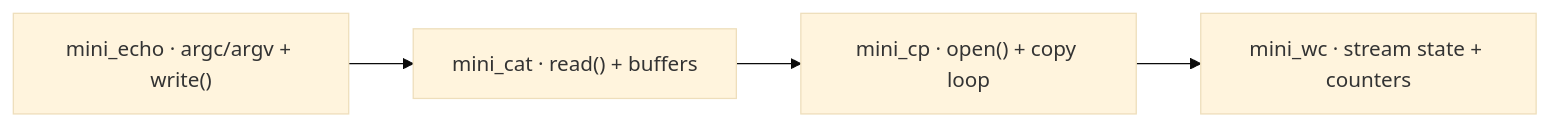
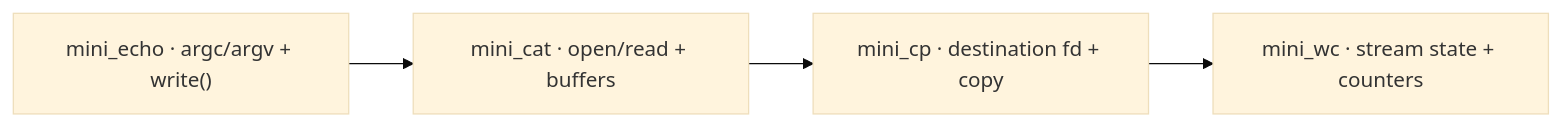
The diagram in README.md (maximecoia/unix-toolbox), drawn with Mermaid (base theme) before and after one commit. The commit also changed other lines of this file and 3 other files, not shown here.

Commit message:
Complete mini_cat milestone

````diff
--- a/README.md
+++ b/README.md
@@ -35,9 +35,9 @@
 ```mermaid
 flowchart LR
     E["mini_echo · argc/argv + write()"]
-    C["mini_cat · read() + buffers"]
-    P["mini_cp · open() + copy loop"]
+    C["mini_cat · open/read + buffers"]
+    P["mini_cp · destination fd + copy"]
     W["mini_wc · stream state + counters"]
 
     E --> C --> P --> W
 ```
````
